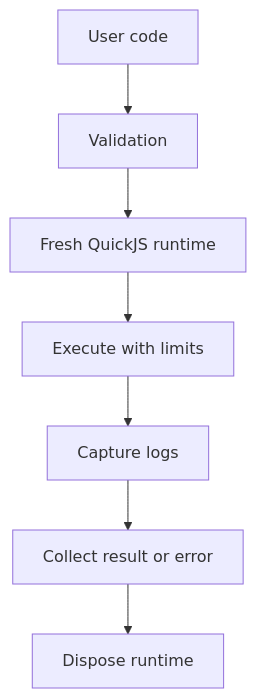
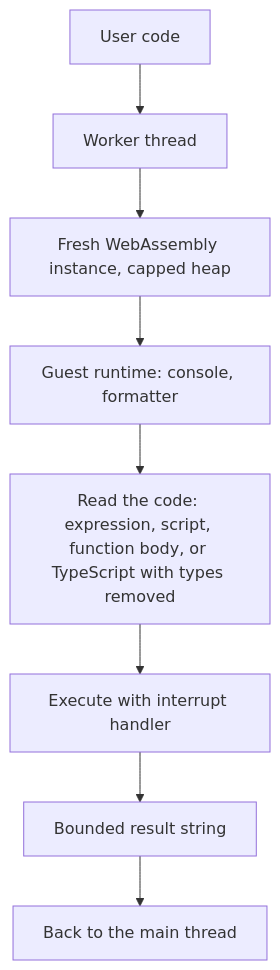
Before and after one commit to Sadykhzadeh/jsitbot: the fourth of 4 diagrams in ARCHITECTURE.md, drawn with Mermaid. The commit also changed other lines of this file and 1 other file, not shown here.

First line of the commit message:
Document the sandbox, the new behaviour and the limits

````diff
--- a/ARCHITECTURE.md
+++ b/ARCHITECTURE.md
@@ -59,9 +63,10 @@
 ```mermaid
 flowchart TD
-    A["User code"] --> B["Validation"]
-    B --> C["Fresh QuickJS runtime"]
-    C --> D["Execute with limits"]
-    D --> E["Capture logs"]
-    E --> F["Collect result or error"]
-    F --> G["Dispose runtime"]
+    A["User code"] --> B["Worker thread"]
+    B --> C["Fresh WebAssembly instance, capped heap"]
+    C --> D["Guest runtime: console, formatter"]
+    D --> E["Read the code: expression, script, function body, or TypeScript with types removed"]
+    E --> F["Execute with interrupt handler"]
+    F --> G["Bounded result string"]
+    G --> H["Back to the main thread"]
 ```
````
